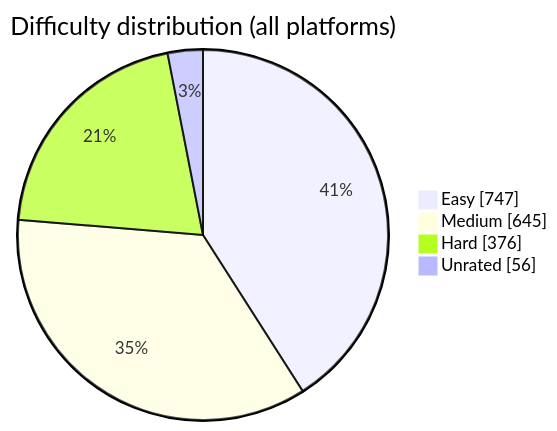
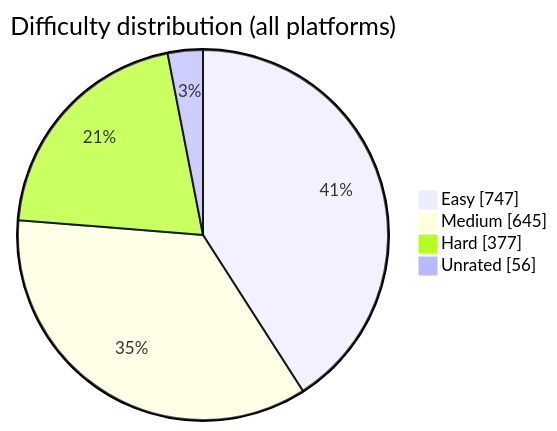
Before and after one commit to BuildbyArindam/Daily-Coding-Log: the diagram in README.md, drawn with Mermaid. The commit also changed other lines of this file, not shown here.

````diff
--- a/README.md
+++ b/README.md
@@ -108,7 +108,7 @@
 ```mermaid
 pie showData title Difficulty distribution (all platforms)
     "Easy" : 747
     "Medium" : 645
-    "Hard" : 376
+    "Hard" : 377
     "Unrated" : 56
 ```
````
